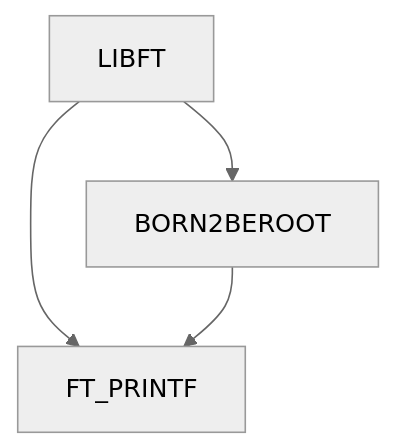
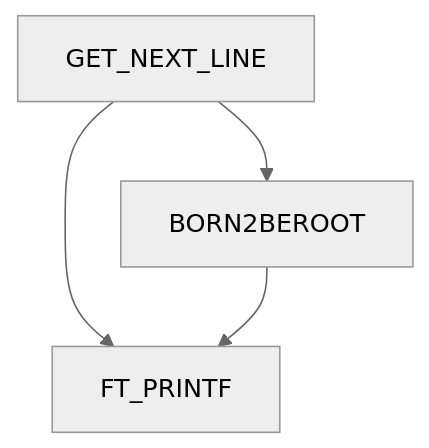
Before and after one commit to yassinebhk/42cursus: the second of 2 diagrams in README.md, drawn with Mermaid (neutral theme).

````diff
--- a/README.md
+++ b/README.md
@@ -11,6 +11,6 @@
 ```mermaid
 graph TD;
-    LIBFT --> FT_PRINTF;
-    LIBFT --> BORN2BEROOT
+    GET_NEXT_LINE --> FT_PRINTF;
+    GET_NEXT_LINE --> BORN2BEROOT
     BORN2BEROOT --> FT_PRINTF
 ```
````
